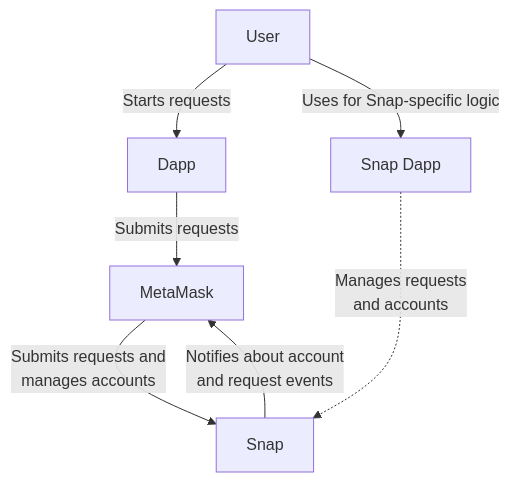
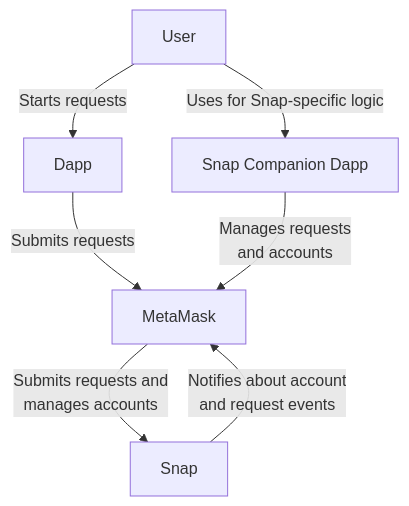
One commit to MetaMask/keyring-api changed the first of 5 diagrams in docs/architecture.md. Above: the diagram before and after it, drawn with Mermaid. The commit also changed other lines of this file and 1 other file, not shown here.

Commit message:
docs: update architecture systems diagram

````diff
--- a/docs/architecture.md
+++ b/docs/architecture.md
@@ -26,9 +26,9 @@
 ```mermaid
 graph TD
   User -->|Starts requests| Dapp
   Dapp -->|Submits requests| MetaMask
   MetaMask -->|Submits requests and<br/>manages accounts| Snap
   Snap -->|Notifies about account<br/>and request events| MetaMask
-  Site[Snap Dapp] -..->|Manages requests<br/>and accounts| Snap
+  Site[Snap Companion Dapp] -->|Manages requests<br/>and accounts| MetaMask
   User -->|Uses for Snap-specific logic| Site
 ```
````
